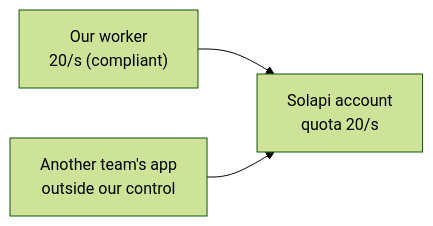
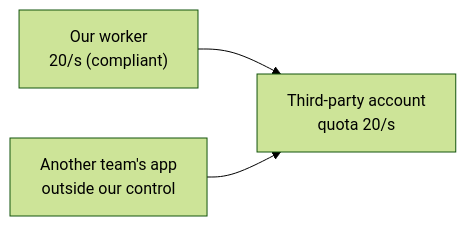
One commit to pythonstrup/myvelop changed the first of 2 diagrams in src/content/blog/en/21.md. Above: the diagram before and after it, drawn with Mermaid (forest theme). The commit also changed other lines of this file and 10 other files, not shown here.

```diff
--- a/src/content/blog/en/21.md
+++ b/src/content/blog/en/21.md
@@ -87,7 +87,7 @@
 <pre class="mermaid">
 flowchart LR
     accTitle: Exceeding a quota shared across teams
     accDescr: Our worker respects its own limiter exactly, but calls from another team using the same account add up, so the third party observes more requests than the quota allows.
-    W["Our worker<br/>20/s (compliant)"] --> API["Solapi account<br/>quota 20/s"]
+    W["Our worker<br/>20/s (compliant)"] --> API["Third-party account<br/>quota 20/s"]
     T["Another team's app<br/>outside our control"] --> API
 </pre>
```
